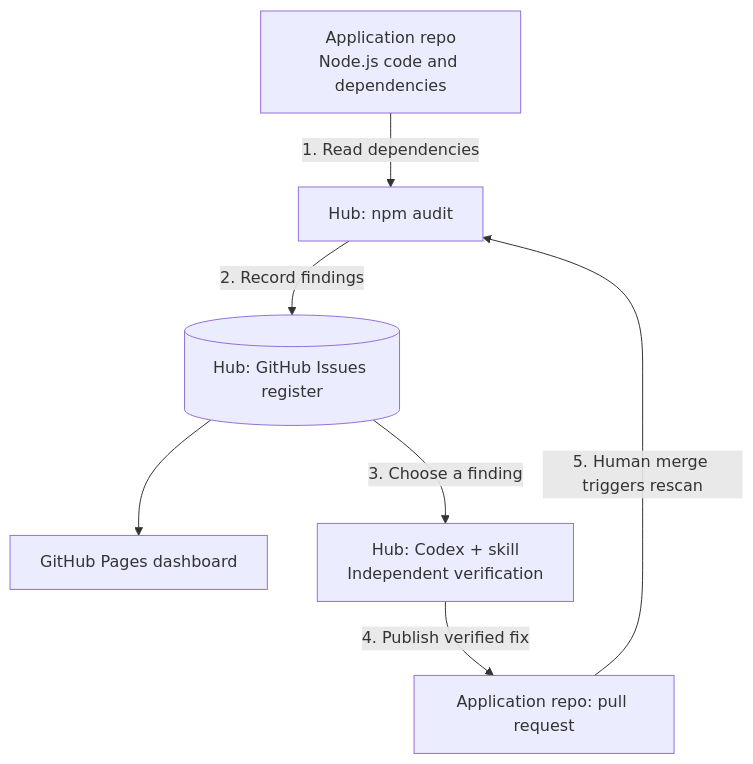
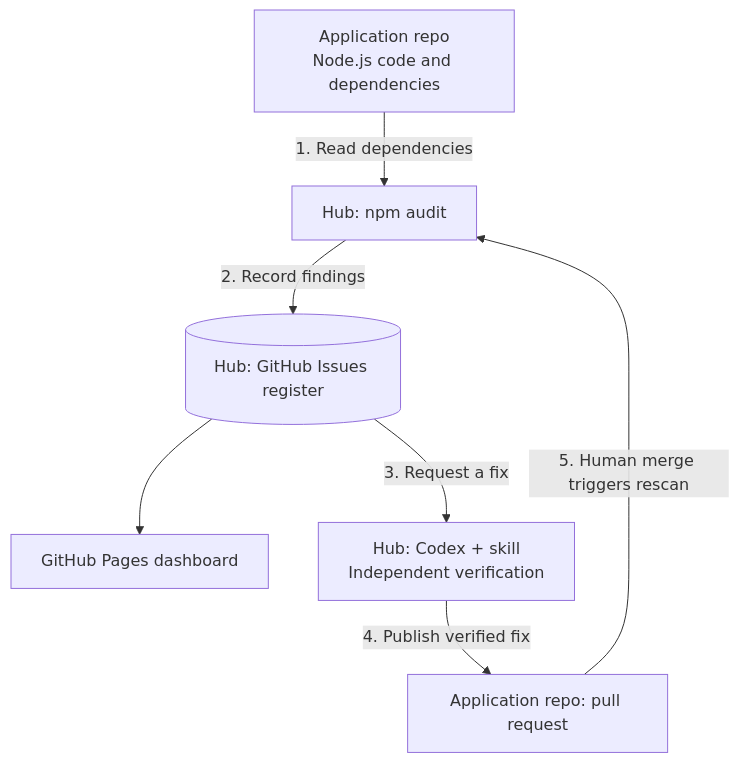
The diagram in README.md (vc4u2c/github-action-codex), drawn with Mermaid before and after one commit. The commit also changed other lines of this file and 17 other files, not shown here.

Commit message:
Request Codex fixes from authorized register issue checkboxes

````diff
--- a/README.md
+++ b/README.md
@@ -19,9 +19,9 @@
 ```mermaid
 flowchart TB
   app["Application repo<br/>Node.js code and dependencies"] -->|"1. Read dependencies"| scan["Hub: npm audit"]
   scan -->|"2. Record findings"| register[("Hub: GitHub Issues register")]
   register --> dashboard["GitHub Pages dashboard"]
-  register -->|"3. Choose a finding"| fix["Hub: Codex + skill<br/>Independent verification"]
+  register -->|"3. Request a fix"| fix["Hub: Codex + skill<br/>Independent verification"]
   fix -->|"4. Publish verified fix"| pr["Application repo: pull request"]
   pr -->|"5. Human merge triggers rescan"| scan
 ```
````
